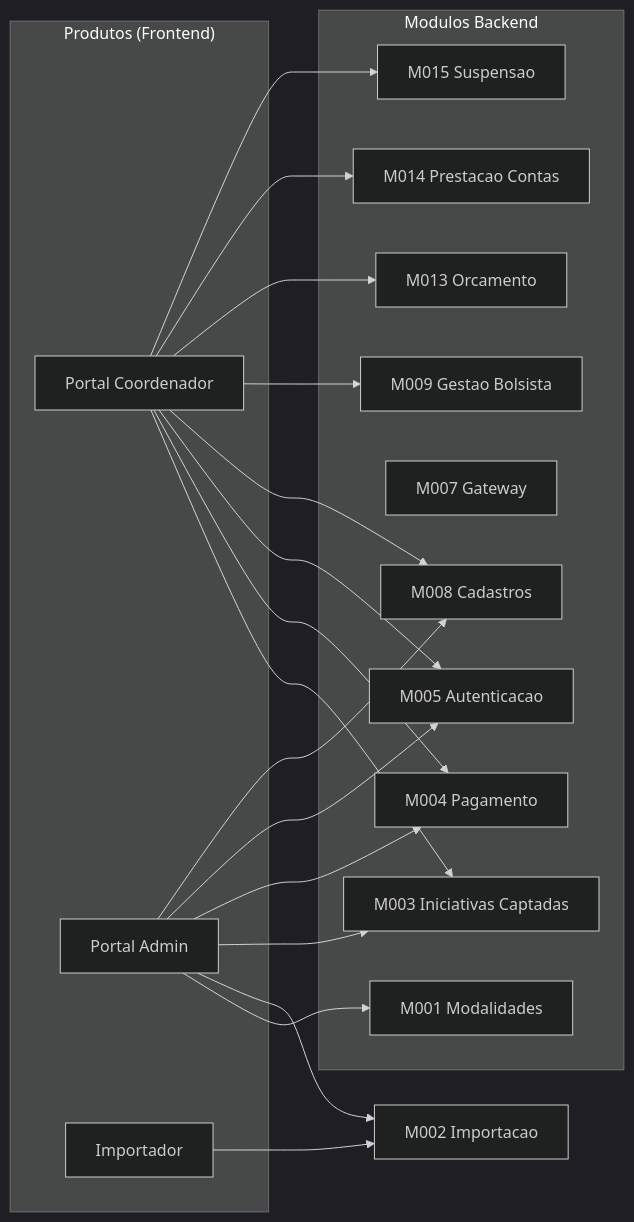
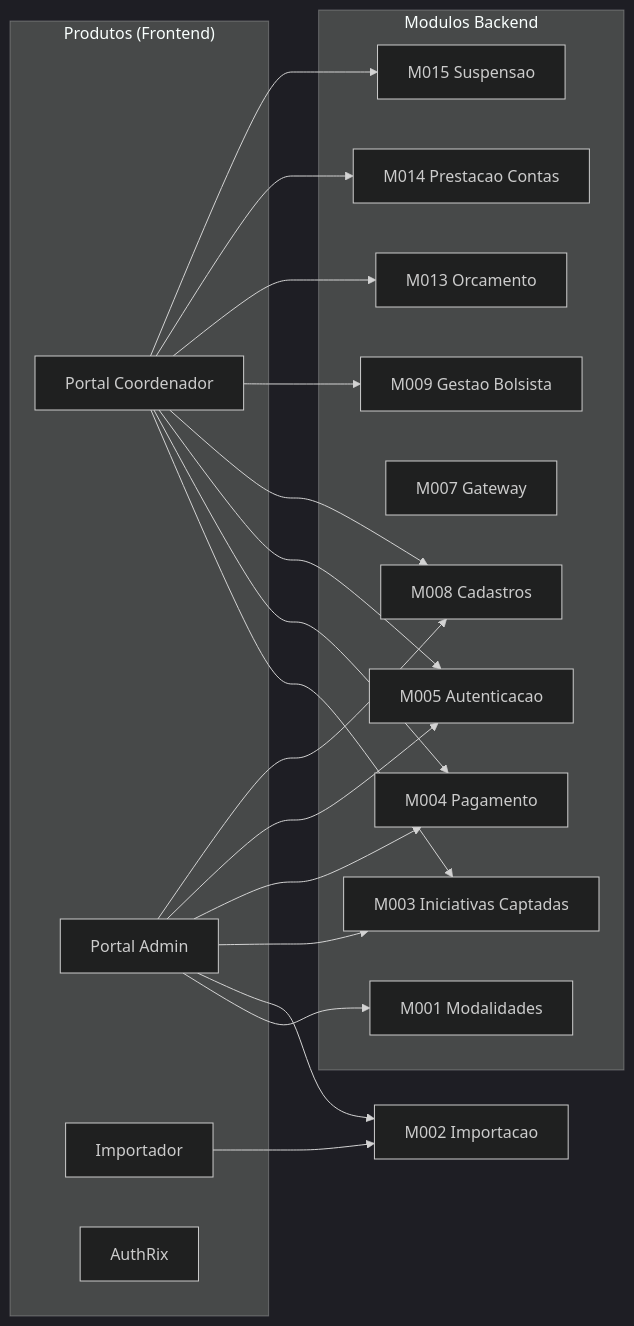
One commit to Czzped/conecta-fapes-teste changed the diagram in docs/products/README.md. Above: the diagram before and after it, drawn with Mermaid (dark theme). The commit also changed other lines of this file and 10 other files, not shown here.

First line of the commit message:
[DOCS] Adicionar AuthRix como produto e premissa de testes nao negociavel

````diff
--- a/docs/products/README.md
+++ b/docs/products/README.md
@@ -13,39 +13,40 @@
 ```mermaid
 graph LR
     subgraph Produtos ["Produtos (Frontend)"]
         PC[Portal Coordenador]
         PA[Portal Admin]
         IMP[Importador]
+        AR[AuthRix]
     end
 
     subgraph Modulos ["Modulos Backend"]
         M001[M001 Modalidades]
         M003[M003 Iniciativas Captadas]
         M004[M004 Pagamento]
         M005[M005 Autenticacao]
         M007[M007 Gateway]
         M008[M008 Cadastros]
         M009[M009 Gestao Bolsista]
         M013[M013 Orcamento]
         M014[M014 Prestacao Contas]
         M015[M015 Suspensao]
     end
 
     PC --> M003
     PC --> M004
     PC --> M005
     PC --> M008
     PC --> M009
     PC --> M013
     PC --> M014
     PC --> M015
 
     PA --> M001
     PA --> M002[M002 Importacao]
     PA --> M003
     PA --> M004
     PA --> M005
     PA --> M008
 
     IMP --> M002
 ```
````
